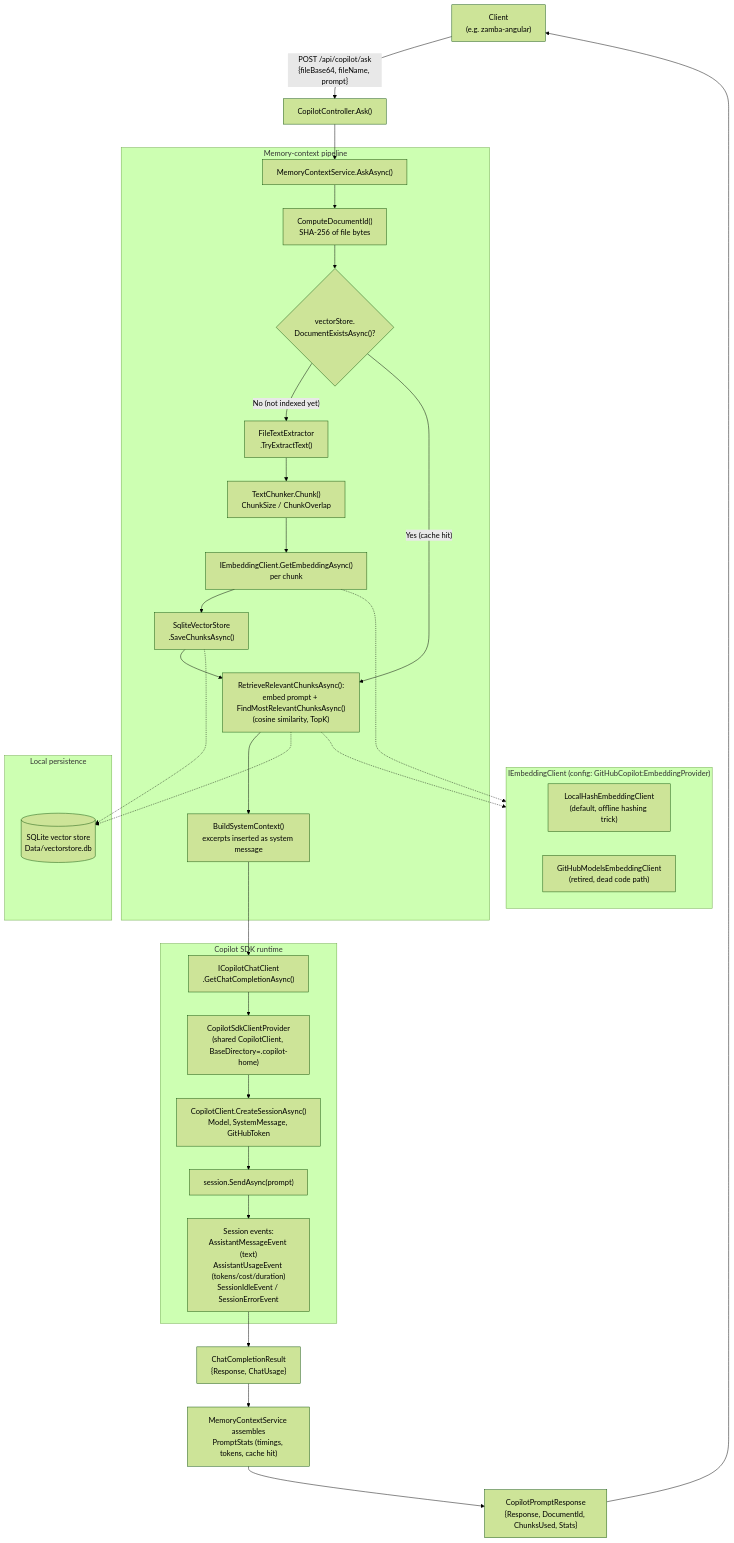
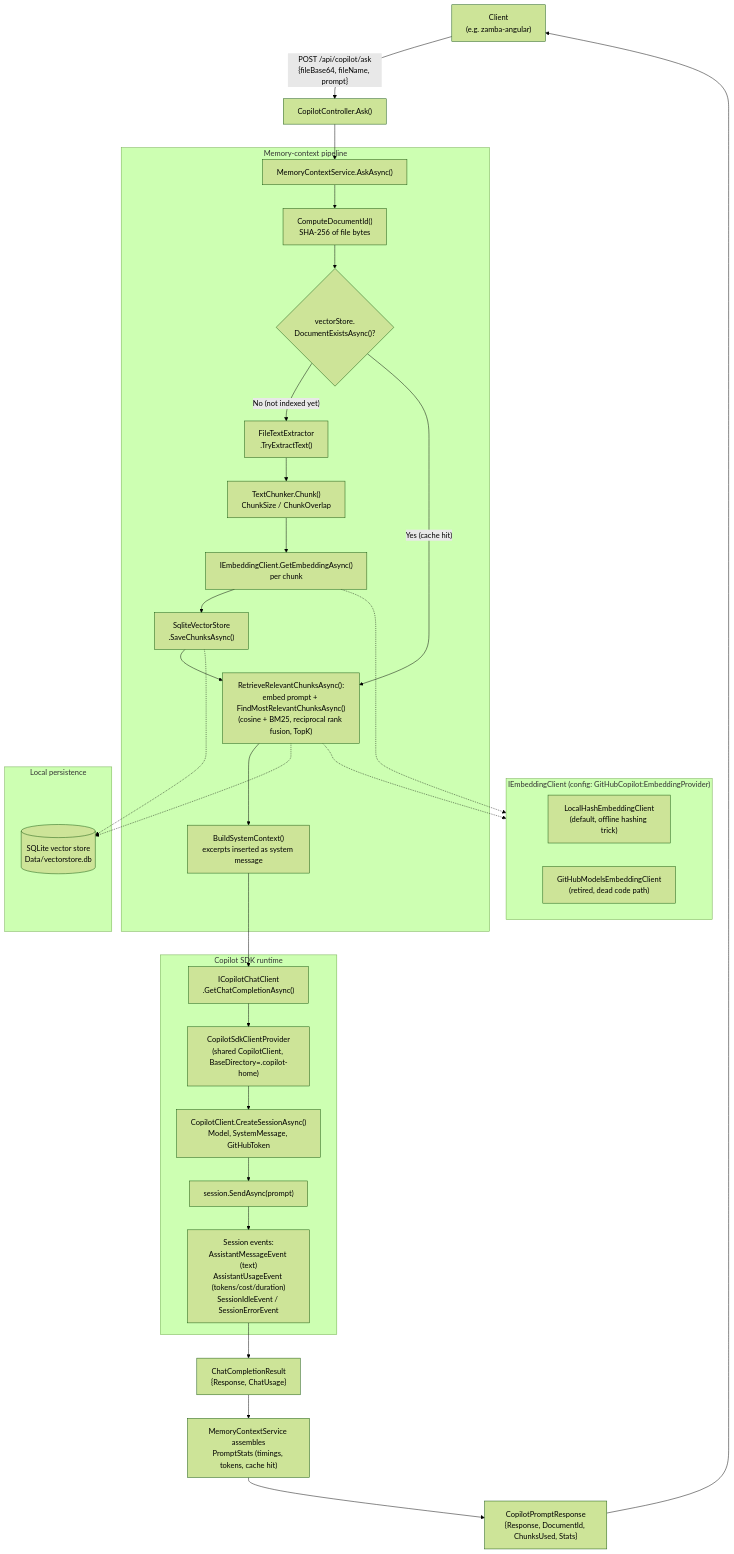
One commit to StardocTeam/Zamba.Api changed the third of 3 diagrams in ARCHITECTURE.md. Above: the diagram before and after it, drawn with Mermaid (forest theme). The commit also changed other lines of this file and 4 other files, not shown here.

````diff
--- a/ARCHITECTURE.md
+++ b/ARCHITECTURE.md
@@ -54,48 +54,48 @@
 ```mermaid
 flowchart TD
     Client["Client<br/>(e.g. zamba-angular)"] -->|"POST /api/copilot/ask<br/>{fileBase64, fileName, prompt}"| Controller["CopilotController.Ask()"]
 
     Controller --> MCS["MemoryContextService.AskAsync()"]
 
     subgraph Pipeline["Memory-context pipeline"]
         MCS --> Hash["ComputeDocumentId()<br/>SHA-256 of file bytes"]
         Hash --> CacheCheck{"vectorStore.<br/>DocumentExistsAsync()?"}
 
         CacheCheck -- "No (not indexed yet)" --> Extract["FileTextExtractor<br/>.TryExtractText()"]
         Extract --> Chunk["TextChunker.Chunk()<br/>ChunkSize / ChunkOverlap"]
         Chunk --> Embed["IEmbeddingClient.GetEmbeddingAsync()<br/>per chunk"]
         Embed --> Save["SqliteVectorStore<br/>.SaveChunksAsync()"]
         Save --> Retrieve
 
-        CacheCheck -- "Yes (cache hit)" --> Retrieve["RetrieveRelevantChunksAsync():<br/>embed prompt + FindMostRelevantChunksAsync()<br/>(cosine similarity, TopK)"]
+        CacheCheck -- "Yes (cache hit)" --> Retrieve["RetrieveRelevantChunksAsync():<br/>embed prompt + FindMostRelevantChunksAsync()<br/>(cosine + BM25, reciprocal rank fusion, TopK)"]
 
         Retrieve --> SysCtx["BuildSystemContext()<br/>excerpts inserted as system message"]
     end
 
     SysCtx --> Chat["ICopilotChatClient<br/>.GetChatCompletionAsync()"]
 
     subgraph SDK["Copilot SDK runtime"]
         Chat --> Provider["CopilotSdkClientProvider<br/>(shared CopilotClient, BaseDirectory=.copilot-home)"]
         Provider --> Session["CopilotClient.CreateSessionAsync()<br/>Model, SystemMessage, GitHubToken"]
         Session --> Send["session.SendAsync(prompt)"]
         Send --> Events["Session events:<br/>AssistantMessageEvent (text)<br/>AssistantUsageEvent (tokens/cost/duration)<br/>SessionIdleEvent / SessionErrorEvent"]
     end
 
     Events --> Result["ChatCompletionResult<br/>{Response, ChatUsage}"]
     Result --> Stats["MemoryContextService assembles<br/>PromptStats (timings, tokens, cache hit)"]
     Stats --> Response["CopilotPromptResponse<br/>{Response, DocumentId, ChunksUsed, Stats}"]
     Response --> Client
 
     subgraph Storage["Local persistence"]
         VS[("SQLite vector store<br/>Data/vectorstore.db")]
     end
     Save -.-> VS
     Retrieve -.-> VS
 
     subgraph EmbedChoice["IEmbeddingClient (config: GitHubCopilot:EmbeddingProvider)"]
         Local["LocalHashEmbeddingClient<br/>(default, offline hashing trick)"]
         GH["GitHubModelsEmbeddingClient<br/>(retired, dead code path)"]
     end
     Embed -.-> EmbedChoice
     Retrieve -.-> EmbedChoice
 ```
````
